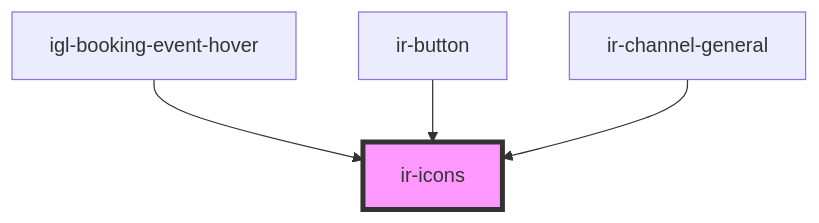
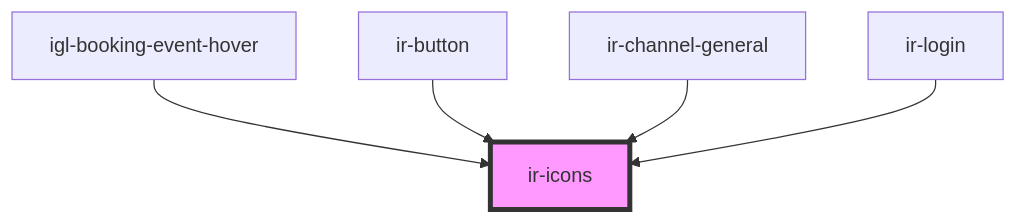
One commit to David1Chowaifaty/modified-ir-webcmp changed the diagram in src/components/ui/ir-icons/readme.md. Above: the diagram before and after it, drawn with Mermaid. The commit also changed other lines of this file and 26 other files, not shown here.

````diff
--- a/src/components/ui/ir-icons/readme.md
+++ b/src/components/ui/ir-icons/readme.md
@@ -25,7 +26,8 @@
 ```mermaid
 graph TD;
   igl-booking-event-hover --> ir-icons
   ir-button --> ir-icons
   ir-channel-general --> ir-icons
+  ir-login --> ir-icons
   style ir-icons fill:#f9f,stroke:#333,stroke-width:4px
 ```
````
